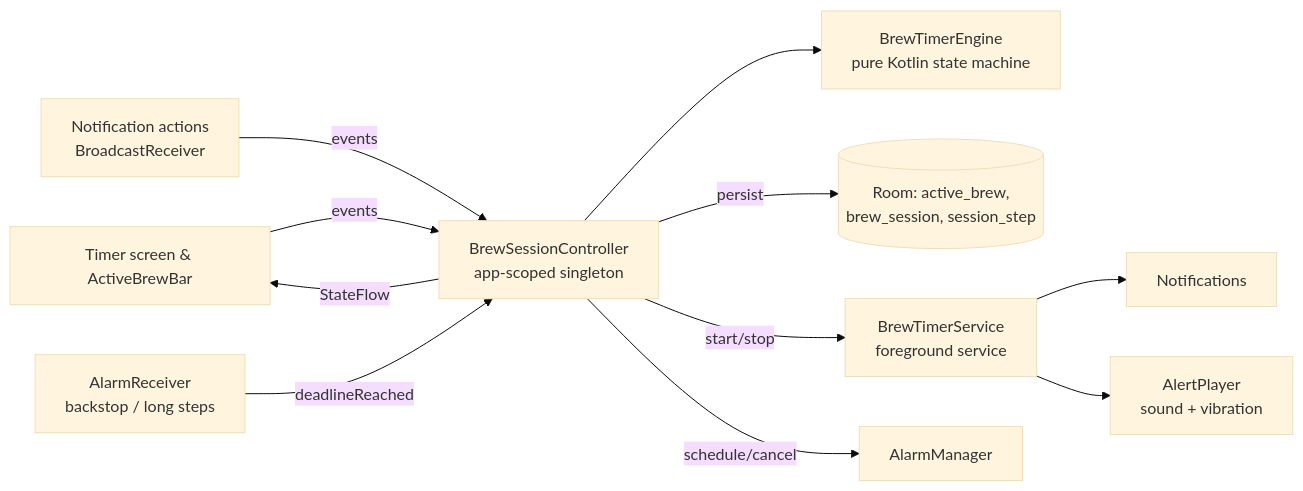
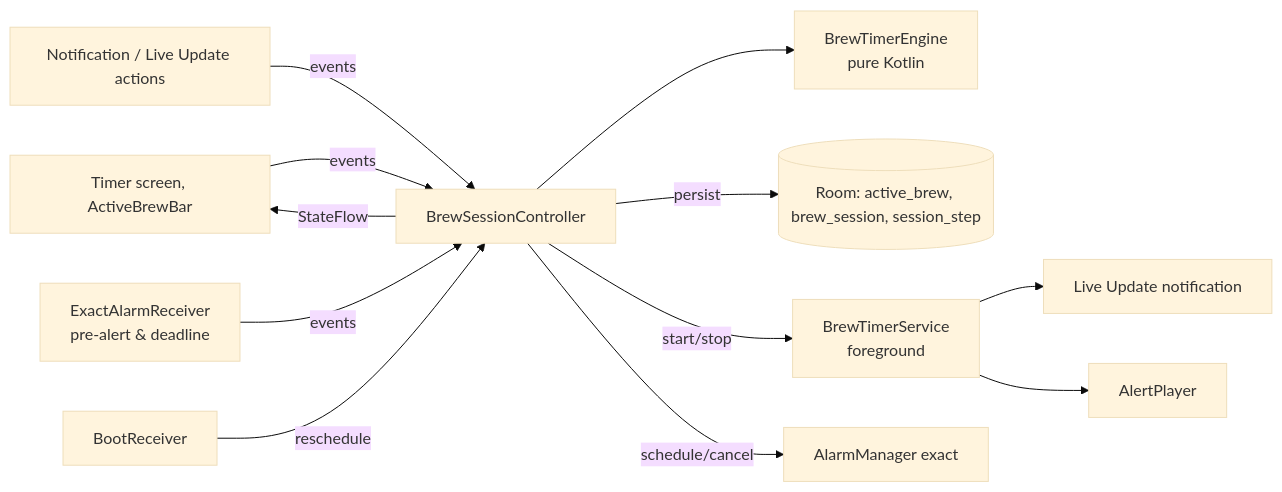
Before and after one commit to katznmeik/UmamiT: the second of 2 diagrams in docs/specs/04-brew-timer.md, drawn with Mermaid (base theme). The commit also changed other lines of this file and 12 other files, not shown here.

````diff
--- a/docs/specs/04-brew-timer.md
+++ b/docs/specs/04-brew-timer.md
@@ -99,13 +103,14 @@
 ```mermaid
 flowchart LR
-    UI[Timer screen & ActiveBrewBar] -- events --> C[BrewSessionController\napp-scoped singleton]
-    N[Notification actions\nBroadcastReceiver] -- events --> C
-    A[AlarmReceiver\nbackstop / long steps] -- deadlineReached --> C
-    C --> E[BrewTimerEngine\npure Kotlin state machine]
-    C -- persist --> DB[(Room: active_brew,\nbrew_session, session_step)]
+    UI[Timer screen, ActiveBrewBar] -- events --> C[BrewSessionController]
+    N[Notification / Live Update actions] -- events --> C
+    A[ExactAlarmReceiver\npre-alert & deadline] -- events --> C
+    B[BootReceiver] -- reschedule --> C
+    C --> E[BrewTimerEngine\npure Kotlin]
+    C -- persist --> DB[(Room: active_brew, brew_session, session_step)]
     C -- StateFlow --> UI
-    C -- start/stop --> S[BrewTimerService\nforeground service]
-    S --> NB[Notifications]
-    S --> AP[AlertPlayer\nsound + vibration]
-    C -- schedule/cancel --> AM[AlarmManager]
+    C -- start/stop --> S[BrewTimerService\nforeground]
+    S --> NB[Live Update notification]
+    S --> AP[AlertPlayer]
+    C -- schedule/cancel --> AM[AlarmManager exact]
 ```
````
